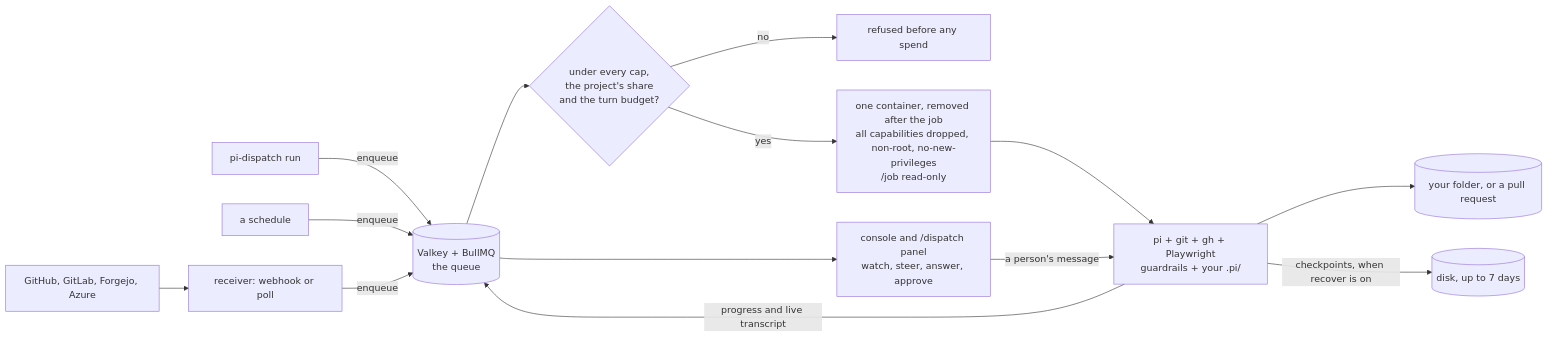
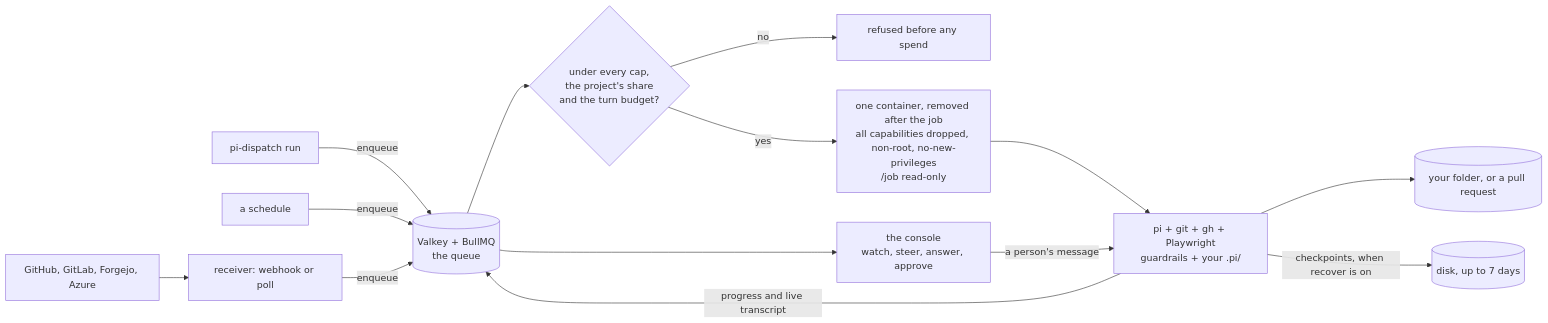
The diagram in README.md (ddv12138/pi-dispatch), drawn with Mermaid before and after one commit. The commit also changed other lines of this file and 38 other files, not shown here.

First line of the commit message:
docs: the retired /dispatch panel leaves the docs, the images and the launch recipe

````diff
--- a/README.md
+++ b/README.md
@@ -504,15 +497,15 @@
 ```mermaid
 flowchart LR
   CLI["pi-dispatch run"] -->|enqueue| Q
   CRON["a schedule"] -->|enqueue| Q
   FORGE["GitHub, GitLab, Forgejo, Azure"] --> R["receiver: webhook or poll"] -->|enqueue| Q
   Q[("Valkey + BullMQ<br/>the queue")] --> B{"under every cap,<br/>the project's share<br/>and the turn budget?"}
   B -->|no| STOP["refused before any spend"]
   B -->|yes| C["one container, removed after the job<br/>all capabilities dropped, non-root, no-new-privileges<br/>/job read-only"]
   C --> PI["pi + git + gh + Playwright<br/>guardrails + your .pi/"]
   PI --> OUT[("your folder, or a pull request")]
   PI -->|"checkpoints, when recover is on"| DISK[("disk, up to 7 days")]
   PI -->|"progress and live transcript"| Q
-  Q --> CON["console and /dispatch panel<br/>watch, steer, answer, approve"]
+  Q --> CON["the console<br/>watch, steer, answer, approve"]
   CON -->|"a person's message"| PI
 ```
````
